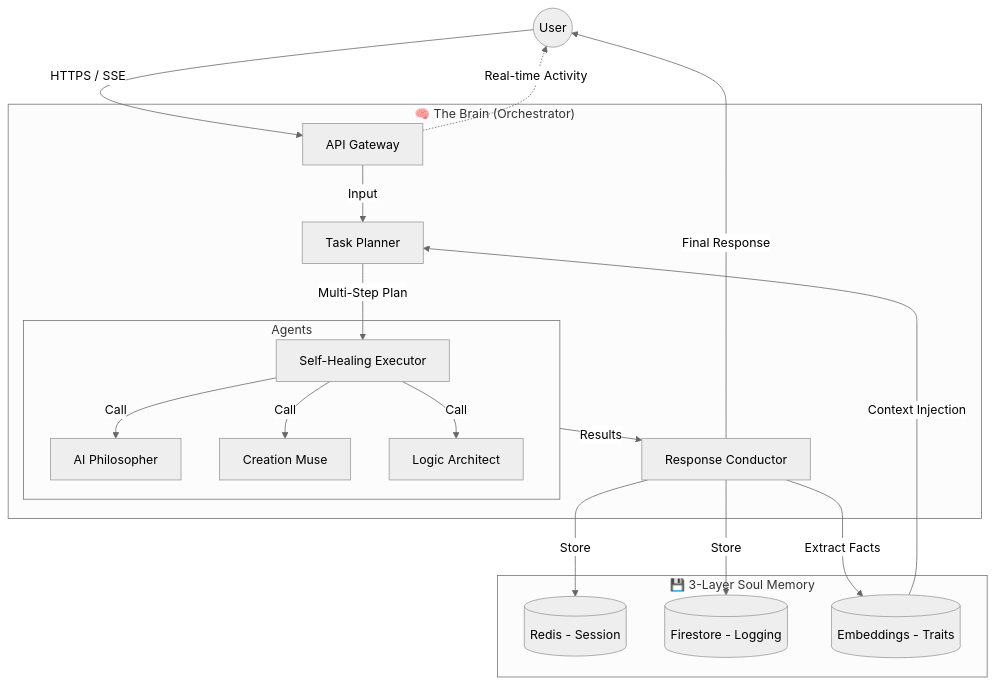
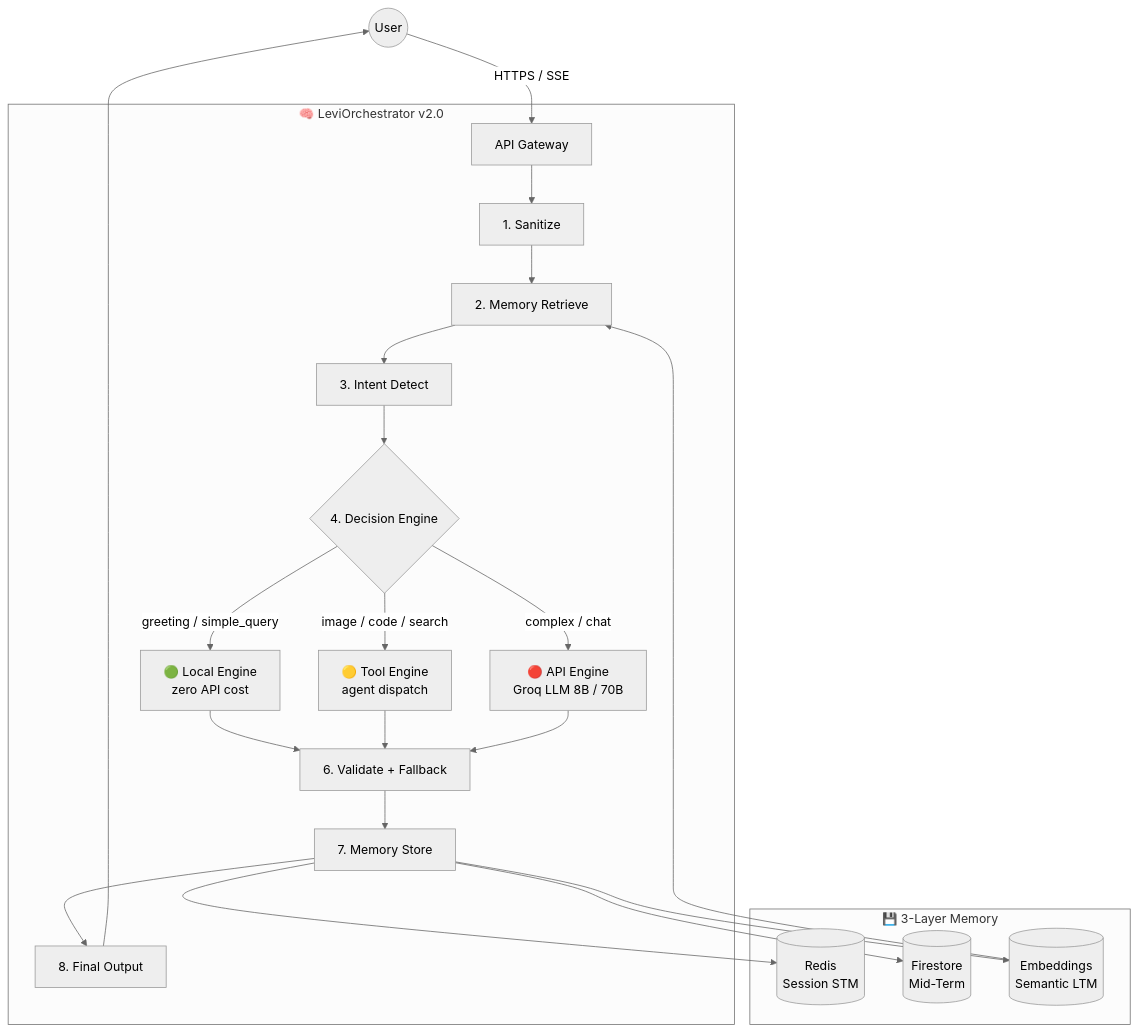
One commit to Blackdrg/levi-ai-innovate changed the diagram in README.md. Above: the diagram before and after it, drawn with Mermaid (neutral theme). The commit also changed other lines of this file and 4 other files, not shown here.

First line of the commit message:
docs: update all docs to v2.0 Brain architecture

````diff
--- a/README.md
+++ b/README.md
@@ -15,27 +44,30 @@
 ```mermaid
 graph TD
-    User((User)) -->|HTTPS / SSE| Gateway[API Gateway]
-    
-    subgraph Brain ["🧠 The Brain (Orchestrator)"]
-        Gateway -->|Input| Planner[Task Planner]
-        Planner -->|Multi-Step Plan| Executor[Self-Healing Executor]
-        
-        subgraph Agents
-            Executor -->|Call| ChatAgent[AI Philosopher]
-            Executor -->|Call| ImageAgent[Creation Muse]
-            Executor -->|Call| CodeAgent[Logic Architect]
-        end
-        
-        Agents -->|Results| Synthesizer[Response Conductor]
+    User((User)) -->|HTTPS / SSE| GW[API Gateway]
+
+    subgraph Brain ["🧠 LeviOrchestrator v2.0"]
+        GW --> San[1. Sanitize]
+        San --> Mem[2. Memory Retrieve]
+        Mem --> Int[3. Intent Detect]
+        Int --> Dec{4. Decision Engine}
+
+        Dec -->|greeting / simple_query| Local[🟢 Local Engine\nzero API cost]
+        Dec -->|image / code / search| Tool[🟡 Tool Engine\nagent dispatch]
+        Dec -->|complex / chat| API[🔴 API Engine\nGroq LLM 8B / 70B]
+
+        Local --> Val[6. Validate + Fallback]
+        Tool  --> Val
+        API   --> Val
+        Val   --> Store[7. Memory Store]
+        Store --> Out[8. Final Output]
     end
-    
-    subgraph Memory ["💾 3-Layer Soul Memory"]
-        Synthesizer -->|Store| ShortTerm[(Redis - Session)]
-        Synthesizer -->|Store| MidTerm[(Firestore - Logging)]
-        Synthesizer -->|Extract Facts| LongTerm[(Embeddings - Traits)]
+
+    subgraph Memory ["💾 3-Layer Memory"]
+        Store --> Redis[(Redis\nSession STM)]
+        Store --> FS[(Firestore\nMid-Term)]
+        Store --> Vec[(Embeddings\nSemantic LTM)]
     end
-    
-    LongTerm -->|Context Injection| Planner
-    Synthesizer -->|Final Response| User
-    Gateway -.->|Real-time Activity| User
+
+    Vec --> Mem
+    Out --> User
 ```
````
